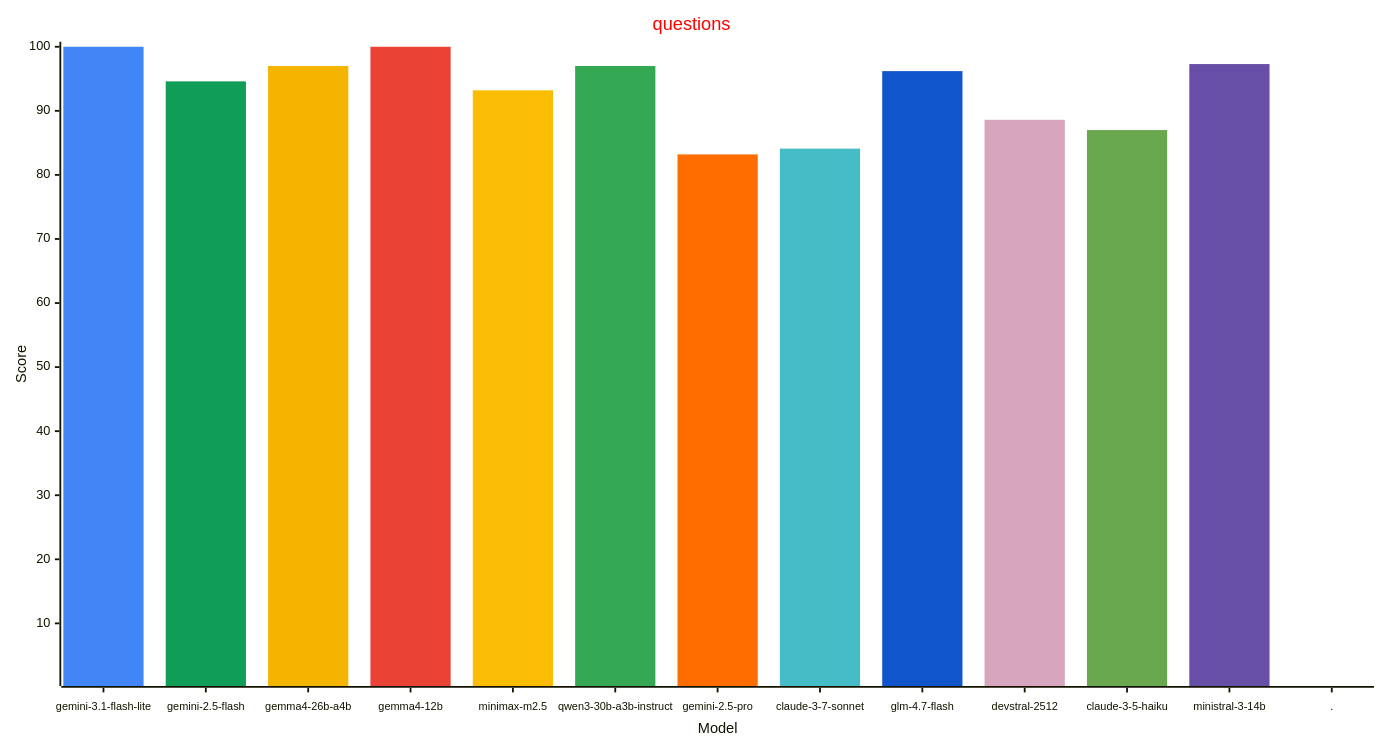
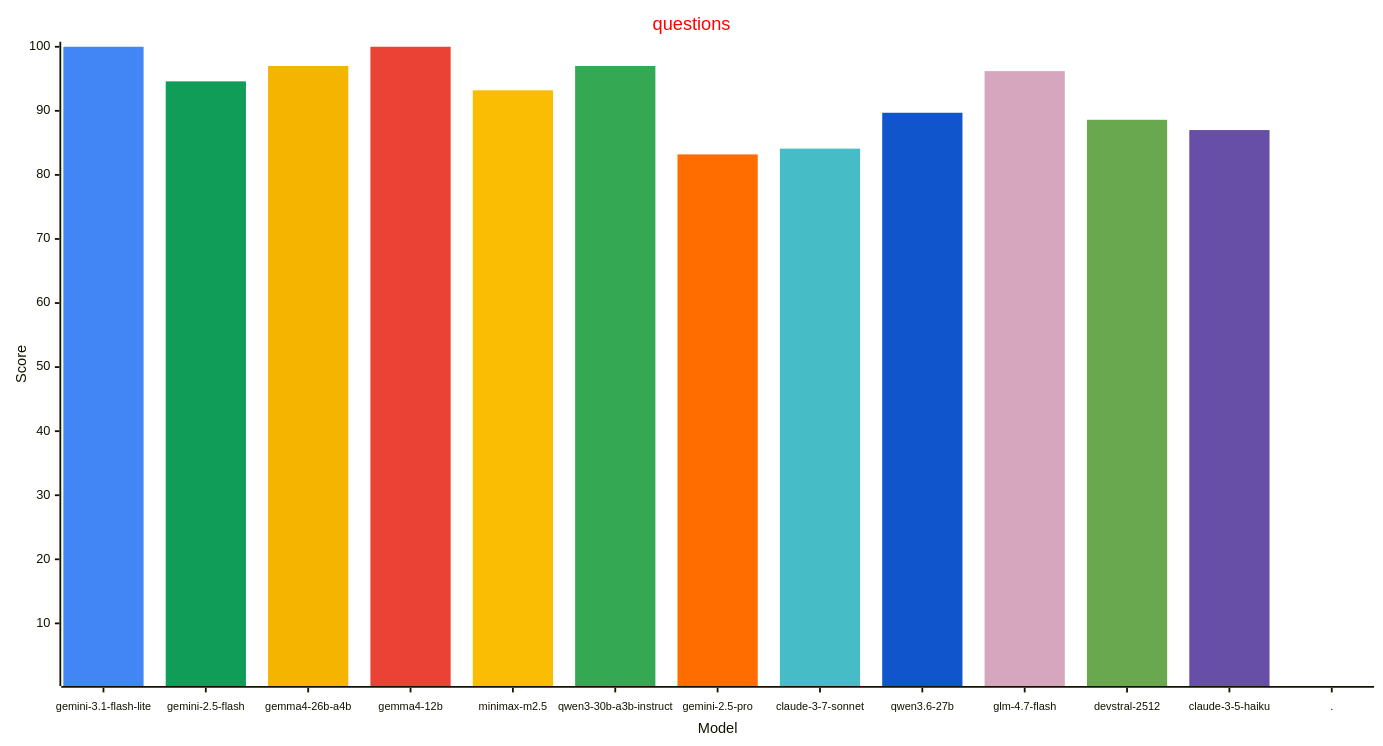
The third of 4 diagrams in reports/README.md (allenporter/home-assistant-datasets), drawn with Mermaid before and after one commit. The commit also changed other lines of this file, not shown here.

````diff
--- a/reports/README.md
+++ b/reports/README.md
@@ -172,33 +173,33 @@
 ```mermaid
 ---
 config:
     xyChart:
         width: 1500
         height: 800
         xAxis:
           labelFontSize: 12
           labelPadding: 8
     themeVariables:
         xyChart:
             titleColor: "#ff0000"
             plotColorPalette: "#4285f4, #0f9d58, #f4b400, #ea4335, #fbbc04, #34a853, #ff6d01, #46bdc6, #1155cc, #d5a6bd, #6aa84f, #674ea7, #4285f4"
 
 ---
 xychart-beta
   title "questions"
-  x-axis "Model" [gemini-3.1-flash-lite, gemini-2.5-flash, gemma4-26b-a4b, gemma4-12b, minimax-m2.5, qwen3-30b-a3b-instruct, gemini-2.5-pro, claude-3-7-sonnet, glm-4.7-flash, devstral-2512, claude-3-5-haiku, ministral-3-14b, .]
+  x-axis "Model" [gemini-3.1-flash-lite, gemini-2.5-flash, gemma4-26b-a4b, gemma4-12b, minimax-m2.5, qwen3-30b-a3b-instruct, gemini-2.5-pro, claude-3-7-sonnet, qwen3.6-27b, glm-4.7-flash, devstral-2512, claude-3-5-haiku, .]
   y-axis "Score" 1 --> 100
   bar [100.0, 0.0, 0.0, 0.0, 0.0, 0.0, 0.0, 0.0, 0.0, 0.0, 0.0, 0.0, 0.0]
   bar [0.0, 94.6, 0.0, 0.0, 0.0, 0.0, 0.0, 0.0, 0.0, 0.0, 0.0, 0.0, 0.0]
   bar [0.0, 0.0, 97.0, 0.0, 0.0, 0.0, 0.0, 0.0, 0.0, 0.0, 0.0, 0.0, 0.0]
   bar [0.0, 0.0, 0.0, 100.0, 0.0, 0.0, 0.0, 0.0, 0.0, 0.0, 0.0, 0.0, 0.0]
   bar [0.0, 0.0, 0.0, 0.0, 93.2, 0.0, 0.0, 0.0, 0.0, 0.0, 0.0, 0.0, 0.0]
   bar [0.0, 0.0, 0.0, 0.0, 0.0, 97.0, 0.0, 0.0, 0.0, 0.0, 0.0, 0.0, 0.0]
   bar [0.0, 0.0, 0.0, 0.0, 0.0, 0.0, 83.2, 0.0, 0.0, 0.0, 0.0, 0.0, 0.0]
   bar [0.0, 0.0, 0.0, 0.0, 0.0, 0.0, 0.0, 84.1, 0.0, 0.0, 0.0, 0.0, 0.0]
-  bar [0.0, 0.0, 0.0, 0.0, 0.0, 0.0, 0.0, 0.0, 96.2, 0.0, 0.0, 0.0, 0.0]
-  bar [0.0, 0.0, 0.0, 0.0, 0.0, 0.0, 0.0, 0.0, 0.0, 88.6, 0.0, 0.0, 0.0]
-  bar [0.0, 0.0, 0.0, 0.0, 0.0, 0.0, 0.0, 0.0, 0.0, 0.0, 87.0, 0.0, 0.0]
-  bar [0.0, 0.0, 0.0, 0.0, 0.0, 0.0, 0.0, 0.0, 0.0, 0.0, 0.0, 97.3, 0.0]
+  bar [0.0, 0.0, 0.0, 0.0, 0.0, 0.0, 0.0, 0.0, 89.7, 0.0, 0.0, 0.0, 0.0]
+  bar [0.0, 0.0, 0.0, 0.0, 0.0, 0.0, 0.0, 0.0, 0.0, 96.2, 0.0, 0.0, 0.0]
+  bar [0.0, 0.0, 0.0, 0.0, 0.0, 0.0, 0.0, 0.0, 0.0, 0.0, 88.6, 0.0, 0.0]
+  bar [0.0, 0.0, 0.0, 0.0, 0.0, 0.0, 0.0, 0.0, 0.0, 0.0, 0.0, 87.0, 0.0]
   bar [0.0, 0.0, 0.0, 0.0, 0.0, 0.0, 0.0, 0.0, 0.0, 0.0, 0.0, 0.0, -1.0]
 ```
````
